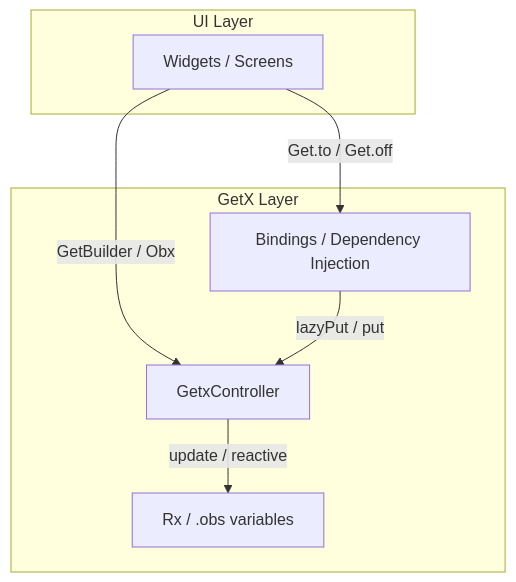
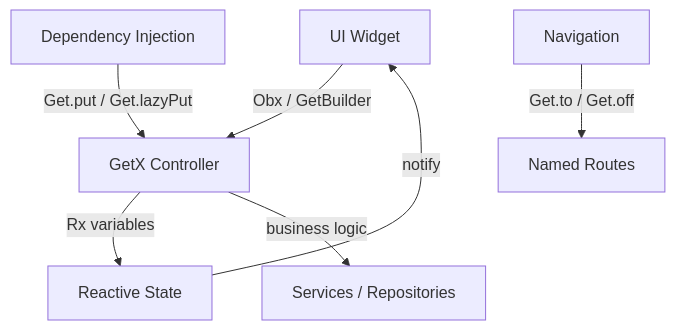
The ninth of 11 diagrams in README.md (shatilsarower/shatilsarower.github.io), drawn with Mermaid before and after one commit. The commit also changed other lines of this file, not shown here.

````diff
--- a/README.md
+++ b/README.md
@@ -416,17 +428,9 @@
 ```mermaid
-flowchart TB
-    subgraph UI Layer
-        View[Widgets / Screens]
-    end
-
-    subgraph GetX Layer
-        Controller[GetxController]
-        Obs[Rx / .obs variables]
-        Binding[Bindings / Dependency Injection]
-    end
-
-    View -->|GetBuilder / Obx| Controller
-    Controller -->|update / reactive| Obs
-    Binding -->|lazyPut / put| Controller
-    View -->|Get.to / Get.off| Binding
+flowchart TD
+    A[UI Widget] -->|Obx / GetBuilder| B[GetX Controller]
+    B -->|Rx variables| C[Reactive State]
+    C -->|notify| A
+    D[Dependency Injection] -->|Get.put / Get.lazyPut| B
+    E[Navigation] -->|Get.to / Get.off| F[Named Routes]
+    B -->|business logic| G[Services / Repositories]
 ```
````
